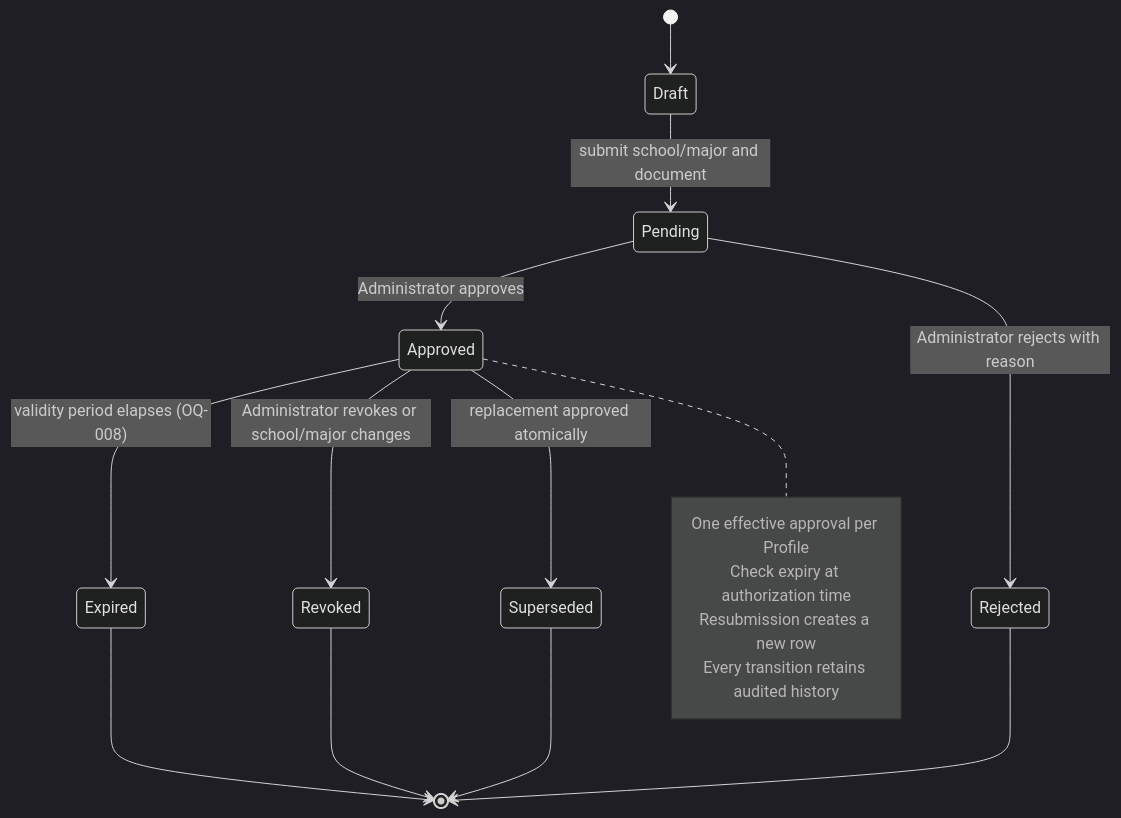
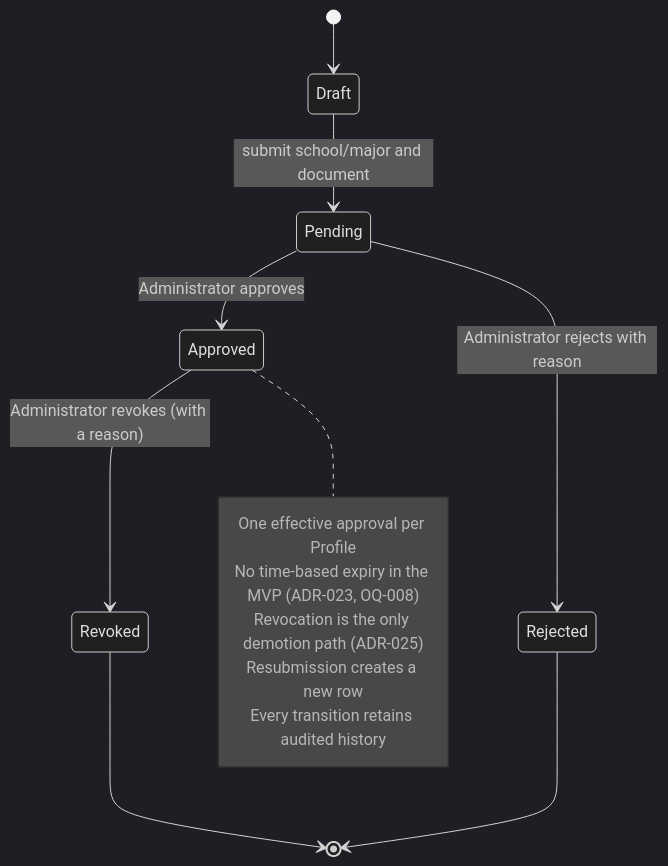
One commit to trankien022/SkillSwap changed the first of 5 diagrams in docs/plans/SkillSwap-SRS.md. Above: the diagram before and after it, drawn with Mermaid (dark theme). The commit also changed other lines of this file and 1 other file, not shown here.

````diff
--- a/docs/plans/SkillSwap-SRS.md
+++ b/docs/plans/SkillSwap-SRS.md
@@ -359,20 +360,17 @@
 ```mermaid
 stateDiagram-v2
   [*] --> Draft
   Draft --> Pending : submit school/major and document
   Pending --> Approved : Administrator approves
   Pending --> Rejected : Administrator rejects with reason
-  Approved --> Expired : validity period elapses (OQ-008)
-  Approved --> Revoked : Administrator revokes or school/major changes
-  Approved --> Superseded : replacement approved atomically
+  Approved --> Revoked : Administrator revokes (with a reason)
   Rejected --> [*]
-  Expired --> [*]
   Revoked --> [*]
-  Superseded --> [*]
   note right of Approved
     One effective approval per Profile
-    Check expiry at authorization time
+    No time-based expiry in the MVP (ADR-023, OQ-008)
+    Revocation is the only demotion path (ADR-025)
     Resubmission creates a new row
     Every transition retains audited history
   end note
 ```
````
